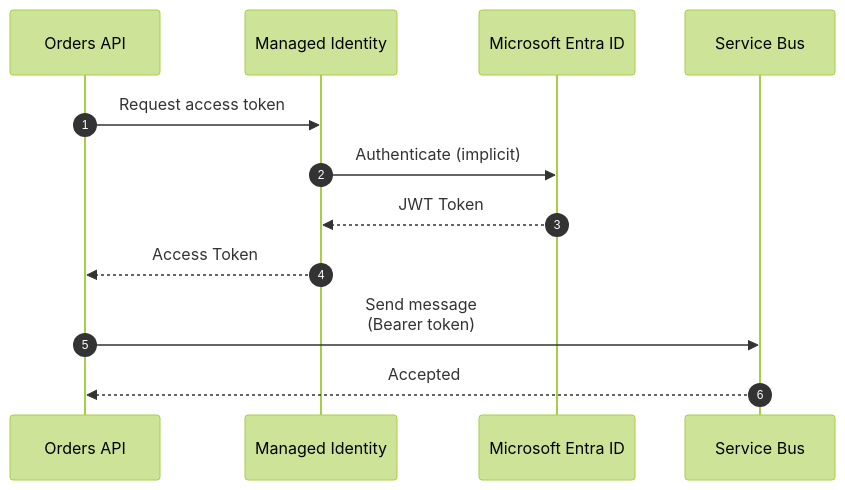
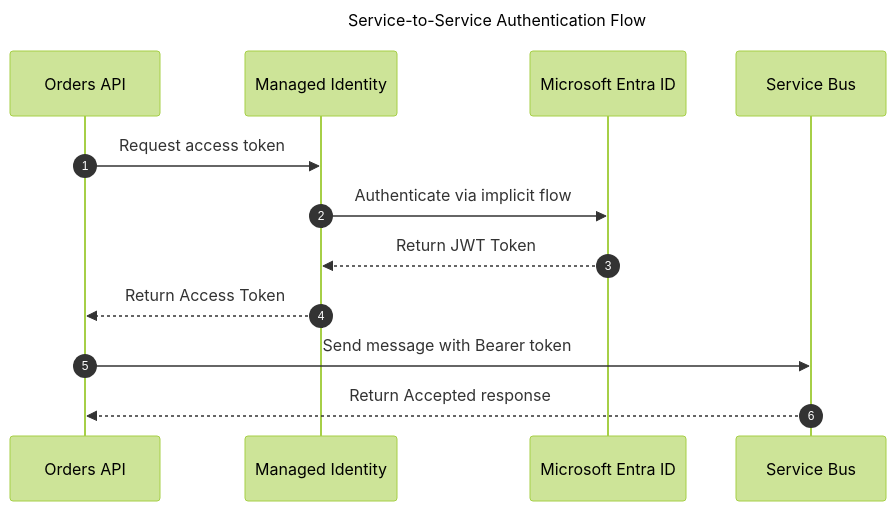
The third of 4 diagrams in docs/architecture/06-security-architecture.md (Evilazaro/Azure-LogicApps-Monitoring), drawn with Mermaid (forest theme) before and after one commit. The commit also changed other lines of this file, not shown here.

Commit message:
docs: Enhance mermaid diagrams in security architecture with titles and improved styling for better clarity and organization

````diff
--- a/docs/architecture/06-security-architecture.md
+++ b/docs/architecture/06-security-architecture.md
@@ -166,16 +196,22 @@
 ```mermaid
+---
+title: Service-to-Service Authentication Flow
+---
 sequenceDiagram
-    %% Service-to-Service Authentication Flow via Managed Identity
+    %% ===== PARTICIPANTS =====
     autonumber
     participant API as Orders API
     participant MI as Managed Identity
     participant Entra as Microsoft Entra ID
     participant SB as Service Bus
 
+    %% ===== TOKEN ACQUISITION =====
     API->>MI: Request access token
-    MI->>Entra: Authenticate (implicit)
-    Entra-->>MI: JWT Token
-    MI-->>API: Access Token
-    API->>SB: Send message<br/>(Bearer token)
-    SB-->>API: Accepted
+    MI->>Entra: Authenticate via implicit flow
+    Entra-->>MI: Return JWT Token
+    MI-->>API: Return Access Token
+
+    %% ===== SERVICE CALL =====
+    API->>SB: Send message with Bearer token
+    SB-->>API: Return Accepted response
 ```
````
